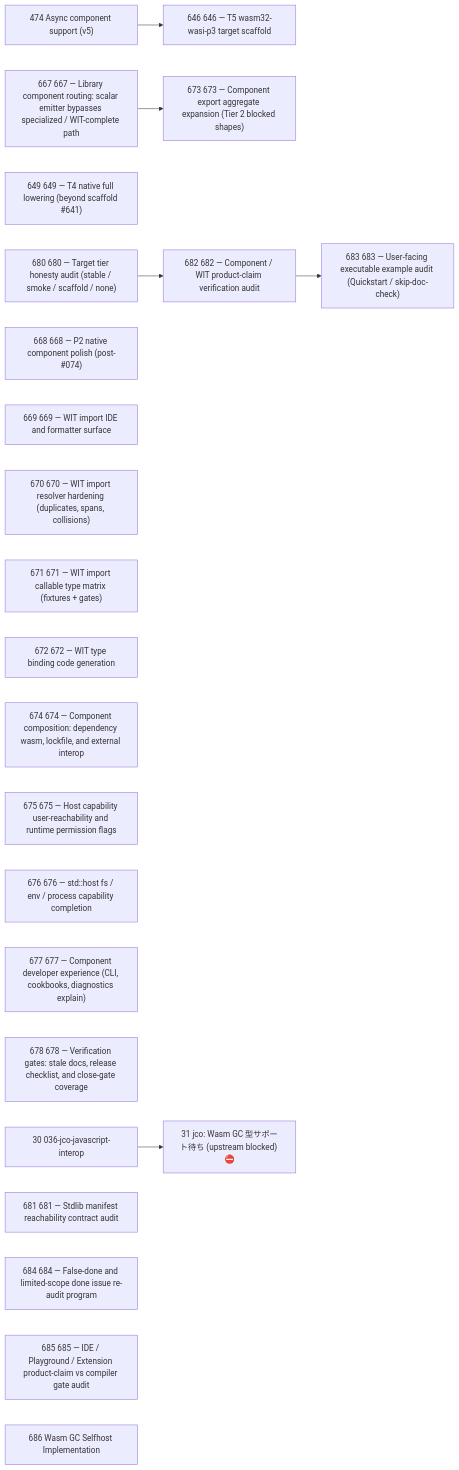
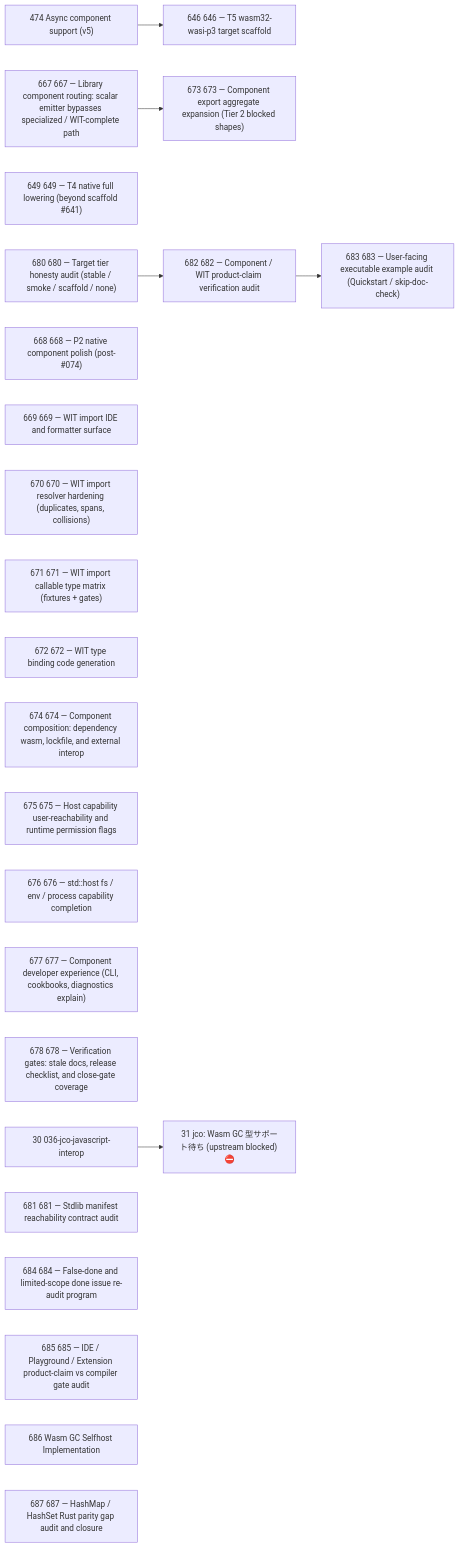
The diagram in issues/open/dependency-graph.md (wogikaze/arukellt), drawn with Mermaid before and after one commit. The commit also changed other lines of this file and 16 other files, not shown here.

First line of the commit message:
Implement GC-aware HashMap<i32,String> and HashMap<String,String> emitters & stdlib

````diff
--- a/issues/open/dependency-graph.md
+++ b/issues/open/dependency-graph.md
@@ -7,32 +7,33 @@
 ```mermaid
 graph LR
   I30["30 036-jco-javascript-interop"]
   I474["474 Async component support (v5)"]
   I649["649 649 — T4 native full lowering (beyond scaffold #641)"]
   I667["667 667 — Library component routing: scalar emitter bypasses specialized / WIT-complete path"]
   I668["668 668 — P2 native component polish (post-#074)"]
   I669["669 669 — WIT import IDE and formatter surface"]
   I670["670 670 — WIT import resolver hardening (duplicates, spans, collisions)"]
   I671["671 671 — WIT import callable type matrix (fixtures + gates)"]
   I672["672 672 — WIT type binding code generation"]
   I674["674 674 — Component composition: dependency wasm, lockfile, and external interop"]
   I675["675 675 — Host capability user-reachability and runtime permission flags"]
   I676["676 676 — std::host fs / env / process capability completion"]
   I677["677 677 — Component developer experience (CLI, cookbooks, diagnostics explain)"]
   I678["678 678 — Verification gates: stale docs, release checklist, and close-gate coverage"]
   I680["680 680 — Target tier honesty audit (stable / smoke / scaffold / none)"]
   I681["681 681 — Stdlib manifest reachability contract audit"]
   I684["684 684 — False-done and limited-scope done issue re-audit program"]
   I685["685 685 — IDE / Playground / Extension product-claim vs compiler gate audit"]
   I686["686 Wasm GC Selfhost Implementation"]
+  I687["687 687 — HashMap / HashSet Rust parity gap audit and closure"]
   I646["646 646 — T5 wasm32-wasi-p3 target scaffold"]
   I673["673 673 — Component export aggregate expansion (Tier 2 blocked shapes)"]
   I682["682 682 — Component / WIT product-claim verification audit"]
   I683["683 683 — User-facing executable example audit (Quickstart / skip-doc-check)"]
   I31["31 jco: Wasm GC 型サポート待ち (upstream blocked) ⛔"]
   I474 --> I646
   I667 --> I673
   I680 --> I682
   I682 --> I683
   I30 --> I31
 ```
````
